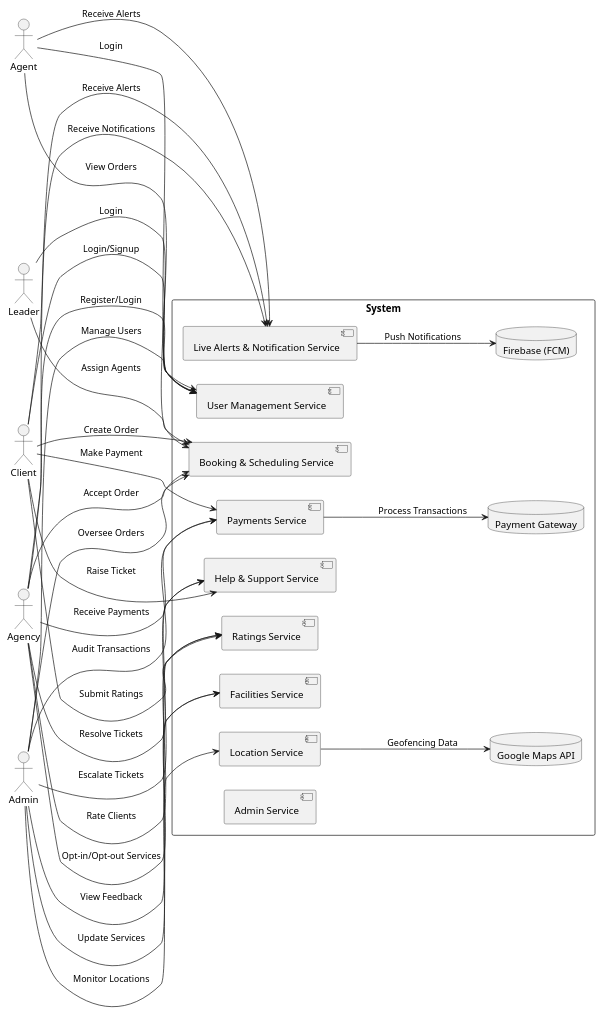
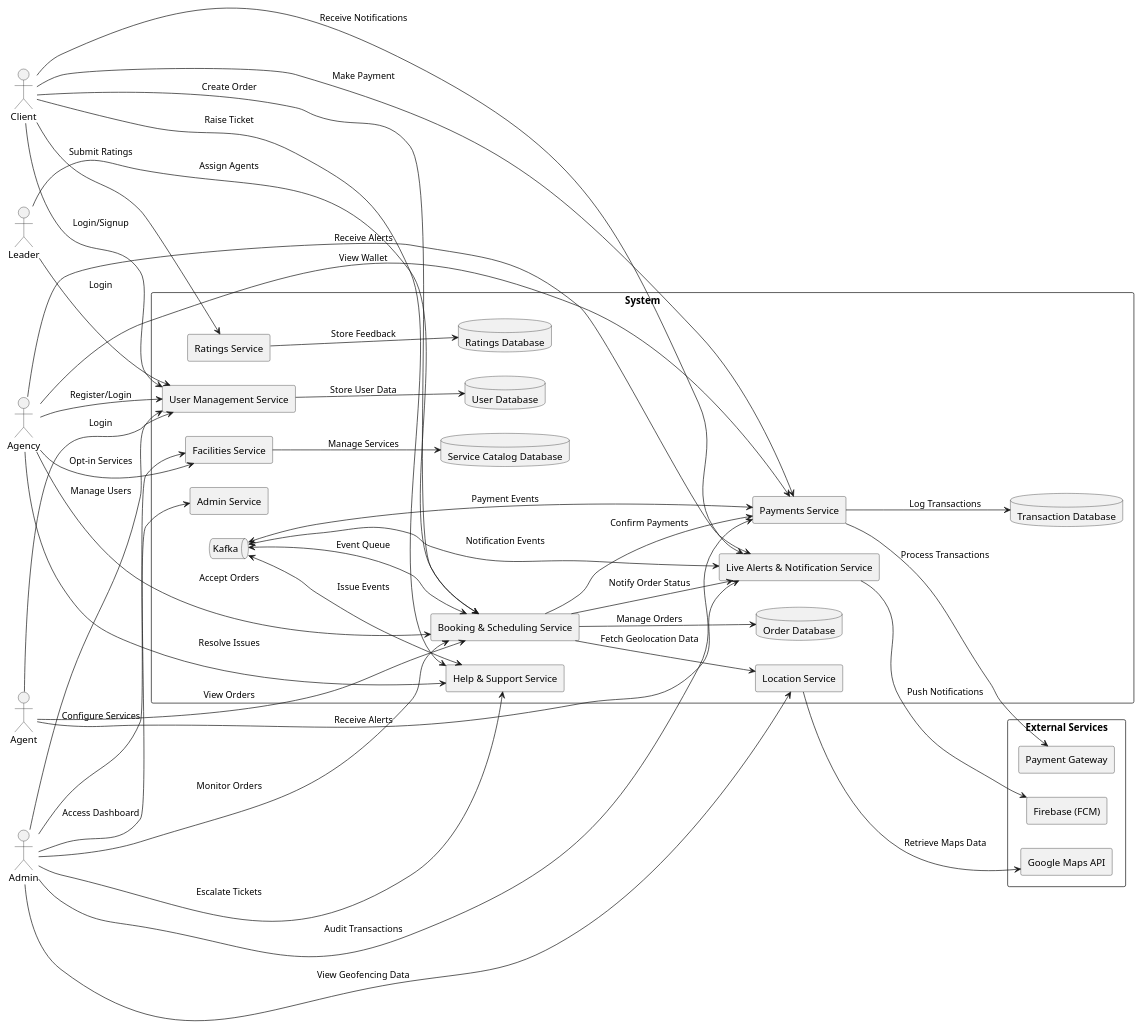
Before and after one commit to yash10019coder/u2c-docs: the diagram in hll.puml, drawn with PlantUML.

Commit message:
added hll design

```diff
--- a/hll.puml
+++ b/hll.puml
@@ -1,60 +1,86 @@
-@startuml name High Level Design
+@startuml
 left to right direction
+skinparam componentStyle rectangle
 
 actor Client
 actor Agency
 actor Leader
 actor Agent
 actor Admin
 
 rectangle "System" {
     component "User Management Service" as UMS
     component "Facilities Service" as FS
     component "Booking & Scheduling Service" as BSS
     component "Live Alerts & Notification Service" as LANS
     component "Payments Service" as PS
     component "Help & Support Service" as HSS
     component "Ratings Service" as RS
     component "Location Service" as LS
     component "Admin Service" as AS
 
-    database "Payment Gateway" as PG
-    database "Firebase (FCM)" as FCM
-    database "Google Maps API" as GMA
+    database "User Database" as DB_User
+    database "Service Catalog Database" as DB_Facilities
+    database "Order Database" as DB_Orders
+    database "Transaction Database" as DB_Transactions
+    database "Ratings Database" as DB_Ratings
+    queue "Kafka" as Kafka
+
 }
+
+rectangle "External Services" {
+
+    component "Payment Gateway" as PG
+    component "Firebase (FCM)" as FCM
+    component "Google Maps API" as GMA
+    }
 
 Client --> UMS : Login/Signup
 Client --> BSS : Create Order
-Client --> LANS : Receive Alerts
-Client --> RS : Submit Ratings
+Client --> LANS : Receive Notifications
 Client --> PS : Make Payment
 Client --> HSS : Raise Ticket
+Client --> RS : Submit Ratings
 
 Agency --> UMS : Register/Login
-Agency --> FS : Opt-in/Opt-out Services
-Agency --> BSS : Accept Order
-Agency --> LANS : Receive Notifications
-Agency --> HSS : Resolve Tickets
-Agency --> RS : Rate Clients
-Agency --> PS : Receive Payments
+Agency --> FS : Opt-in Services
+Agency --> BSS : Accept Orders
+Agency --> LANS : Receive Alerts
+Agency --> HSS : Resolve Issues
+Agency --> PS : View Wallet
 
 Leader --> UMS : Login
 Leader --> BSS : Assign Agents
 
 Agent --> UMS : Login
 Agent --> BSS : View Orders
 Agent --> LANS : Receive Alerts
 
 Admin --> UMS : Manage Users
-Admin --> FS : Update Services
-Admin --> BSS : Oversee Orders
+Admin --> FS : Configure Services
+Admin --> AS : Access Dashboard
+Admin --> BSS : Monitor Orders
+Admin --> PS : Audit Transactions
 Admin --> HSS : Escalate Tickets
-Admin --> PS : Audit Transactions
-Admin --> RS : View Feedback
-Admin --> LS : Monitor Locations
+Admin --> LS : View Geofencing Data
 
+BSS --> LS : Fetch Geolocation Data
+BSS --> PS : Confirm Payments
+BSS --> LANS : Notify Order Status
+
+LANS --> FCM : Push Notifications
 PS --> PG : Process Transactions
-LANS --> FCM : Push Notifications
-LS --> GMA : Geofencing Data
+LS --> GMA : Retrieve Maps Data
+
+UMS --> DB_User : Store User Data
+FS --> DB_Facilities : Manage Services
+BSS --> DB_Orders : Manage Orders
+PS --> DB_Transactions : Log Transactions
+RS --> DB_Ratings : Store Feedback
+
+Kafka <--> BSS : Event Queue
+Kafka <--> LANS : Notification Events
+Kafka <--> PS : Payment Events
+Kafka <--> HSS : Issue Events
 
 @enduml
```
